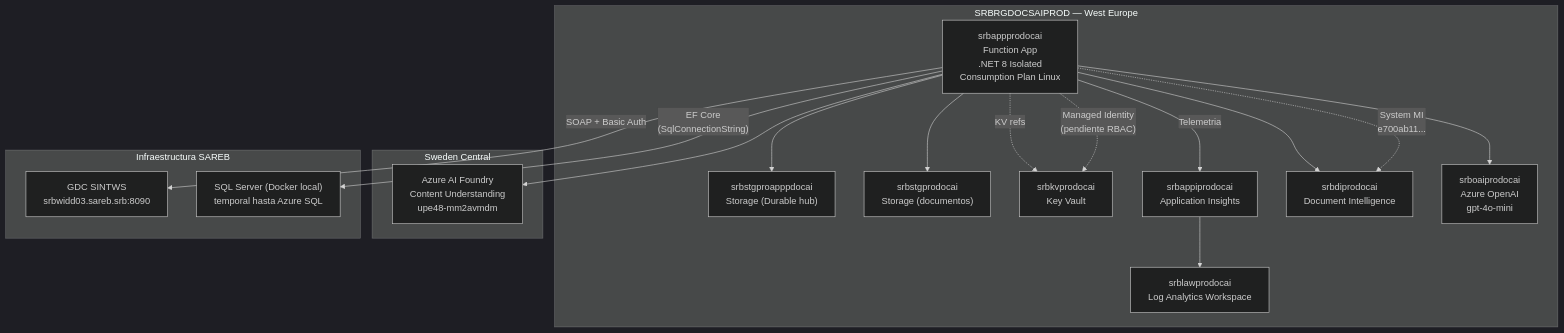
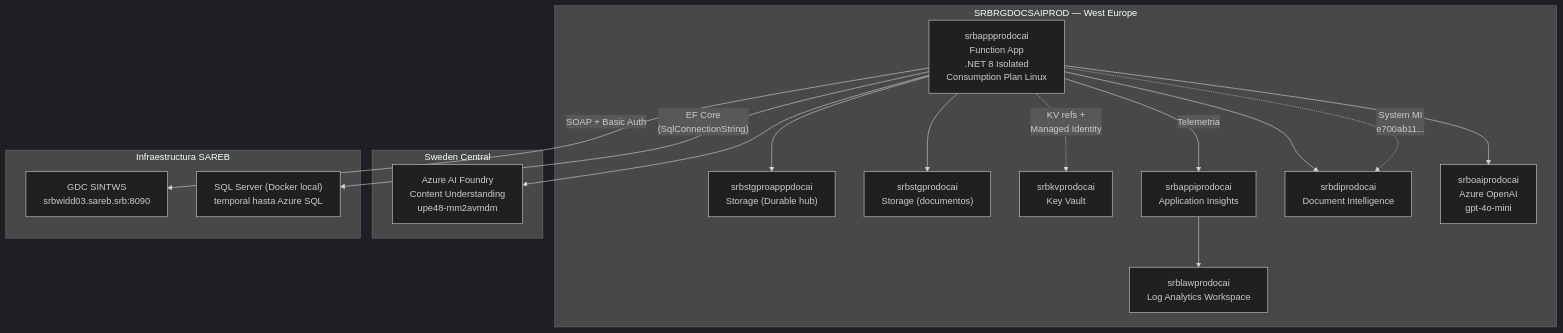
Before and after one commit to nvcrisologo02/AI-DocClassExt: the fourth of 6 diagrams in docs/01_ARQUITECTURA_SISTEMA.md, drawn with Mermaid (dark theme). The commit also changed 2 other files, not shown here.

Commit message:
chore fix pipeline

````diff
--- a/docs/01_ARQUITECTURA_SISTEMA.md
+++ b/docs/01_ARQUITECTURA_SISTEMA.md
@@ -346,36 +346,35 @@
 ```mermaid
 flowchart TB
     subgraph RG["SRBRGDOCSAIPROD — West Europe"]
         FUNCAPP["srbappprodocai<br/>Function App<br/>.NET 8 Isolated<br/>Consumption Plan Linux"]
         STG_HUB["srbstgproapppdocai<br/>Storage (Durable hub)"]
         STG_DOCS["srbstgprodocai<br/>Storage (documentos)"]
         KV["srbkvprodocai<br/>Key Vault"]
         APPINS["srbappiprodocai<br/>Application Insights"]
         LAW["srblawprodocai<br/>Log Analytics Workspace"]
         DI_PROD["srbdiprodocai<br/>Document Intelligence"]
         OAI["srboaiprodocai<br/>Azure OpenAI<br/>gpt-4o-mini"]
     end
 
     subgraph SwedenCentral["Sweden Central"]
         CU_PROD["Azure AI Foundry<br/>Content Understanding<br/>upe48-mm2avmdm"]
     end
 
     subgraph OnPrem["Infraestructura SAREB"]
         GDC_PROD["GDC SINTWS<br/>srbwidd03.sareb.srb:8090"]
         SQL_TEMP["SQL Server (Docker local)<br/>temporal hasta Azure SQL"]
     end
 
     FUNCAPP --> STG_HUB
     FUNCAPP --> STG_DOCS
-    FUNCAPP -.->|"KV refs"| KV
+    FUNCAPP -.->|"KV refs +<br/>Managed Identity"| KV
     FUNCAPP -->|"Telemetria"| APPINS
     APPINS --> LAW
     FUNCAPP --> DI_PROD
     FUNCAPP --> OAI
     FUNCAPP --> CU_PROD
     FUNCAPP -->|"SOAP + Basic Auth"| GDC_PROD
     FUNCAPP -->|"EF Core<br/>(SqlConnectionString)"| SQL_TEMP
 
-    FUNCAPP -.->|"Managed Identity<br/>(pendiente RBAC)"| KV
     FUNCAPP -.->|"System MI<br/>e700ab11..."| DI_PROD
 ```
````
